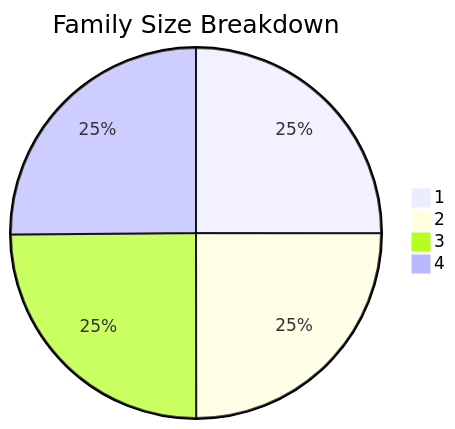
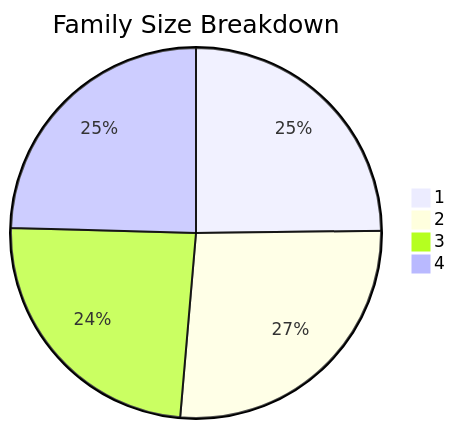
Before and after one commit to dhagan-va/intern-2025: the sixth of 10 diagrams in test-tools/DataGen/src/Statistics_Visualizer.md, drawn with Mermaid. The commit also changed other lines of this file, not shown here.

````diff
--- a/test-tools/DataGen/src/Statistics_Visualizer.md
+++ b/test-tools/DataGen/src/Statistics_Visualizer.md
@@ -67,7 +68,7 @@
 ```mermaid
 pie title Family Size Breakdown
-    "1" : 10006
-    "2" : 9979
-    "3" : 9952
-    "4" : 10045
+    "1" : 100
+    "2" : 107
+    "3" : 97
+    "4" : 99
 ```
````
